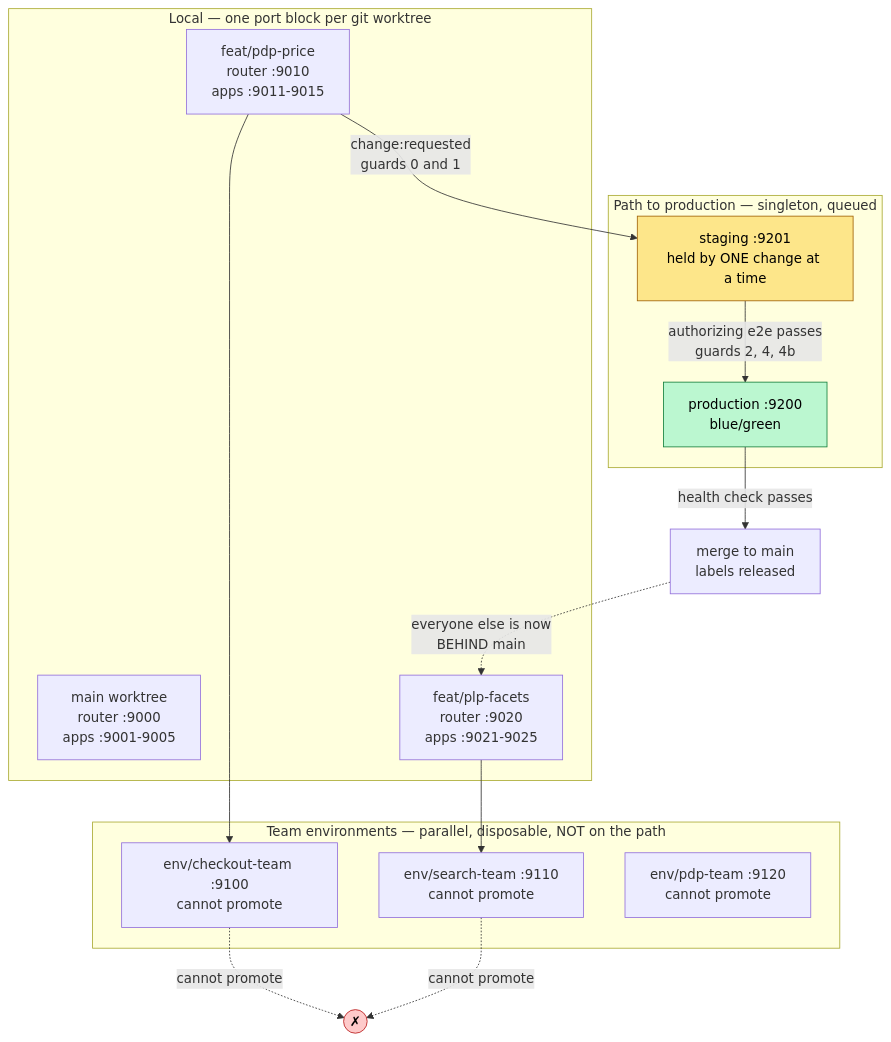
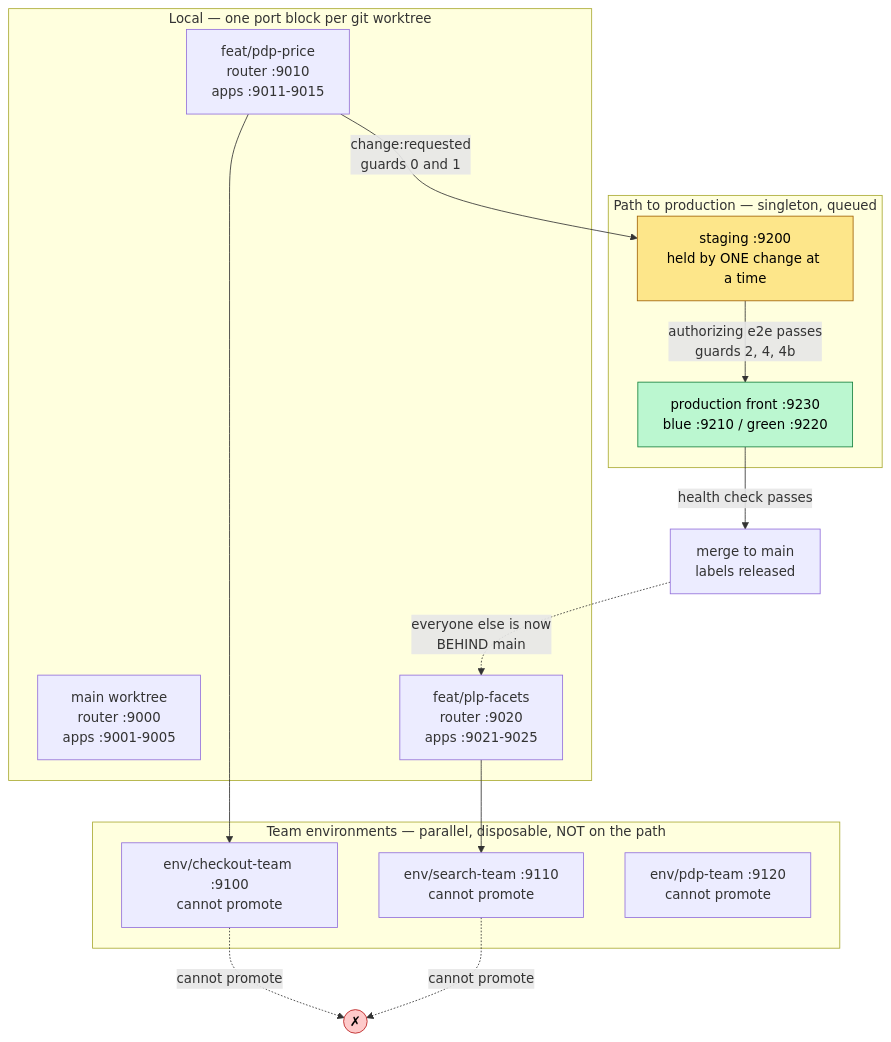
Before and after one commit to aygp-dr/standard-change: the fourth of 6 diagrams in README.org, drawn with Mermaid. The commit also changed other lines of this file and 5 other files, not shown here.

```diff
--- a/README.org
+++ b/README.org
@@ -423,32 +423,32 @@
 #+begin_src mermaid :eval never-export
 flowchart TB
     subgraph local["Local — one port block per git worktree"]
         W0["main worktree<br/>router :9000<br/>apps :9001-9005"]
         W1["feat/pdp-price<br/>router :9010<br/>apps :9011-9015"]
         W2["feat/plp-facets<br/>router :9020<br/>apps :9021-9025"]
     end
 
     subgraph team["Team environments — parallel, disposable, NOT on the path"]
         E1["env/checkout-team :9100<br/>cannot promote"]
         E2["env/search-team :9110<br/>cannot promote"]
         E3["env/pdp-team :9120<br/>cannot promote"]
     end
 
     subgraph path["Path to production — singleton, queued"]
-        S["staging :9201<br/>held by ONE change at a time"]
-        P["production :9200<br/>blue/green"]
+        S["staging :9200<br/>held by ONE change at a time"]
+        P["production front :9230<br/>blue :9210 / green :9220"]
     end
 
     W1 --> E1
     W2 --> E2
     E1 -.->|"cannot promote"| X(("✗"))
     E2 -.->|"cannot promote"| X
     W1 -->|"change:requested<br/>guards 0 and 1"| S
     S -->|"authorizing e2e passes<br/>guards 2, 4, 4b"| P
     P -->|"health check passes"| M["merge to main<br/>labels released"]
     M -.->|"everyone else is now<br/>BEHIND main"| W2
 
     style S fill:#fde68a,stroke:#a16207,color:#000
     style P fill:#bbf7d0,stroke:#15803d,color:#000
     style X fill:#fecaca,stroke:#b91c1c,color:#000
 #+end_src
```
